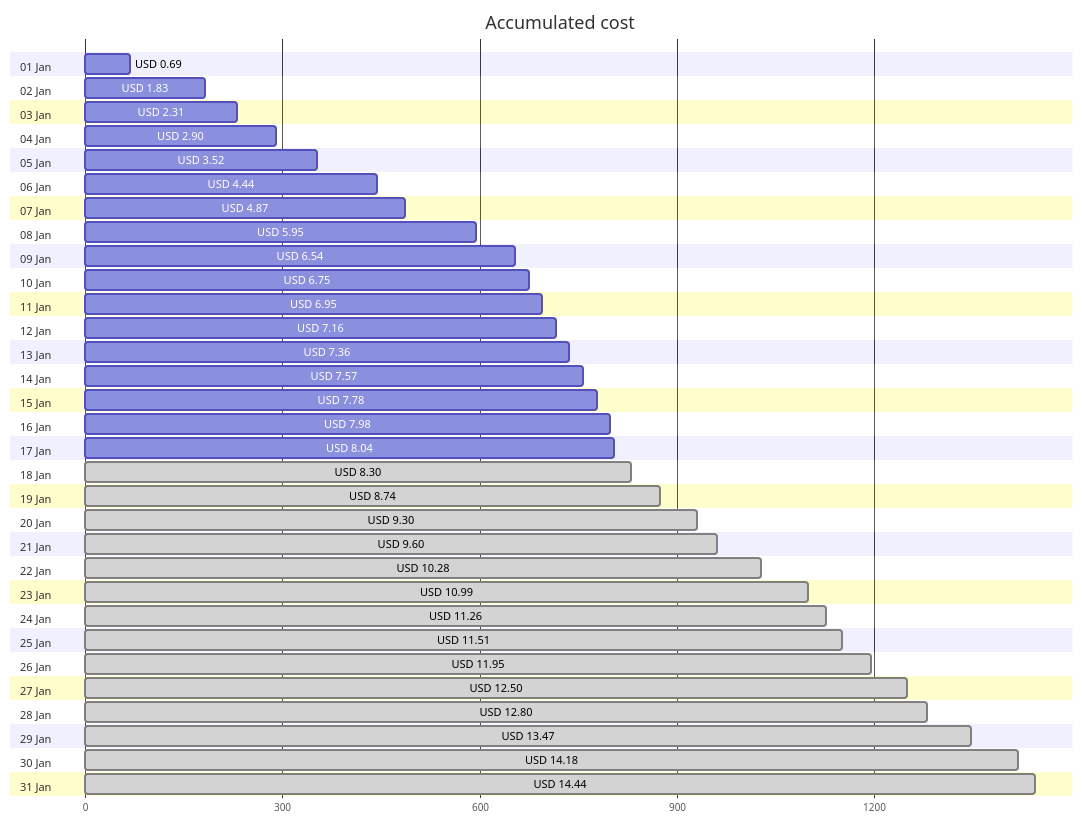
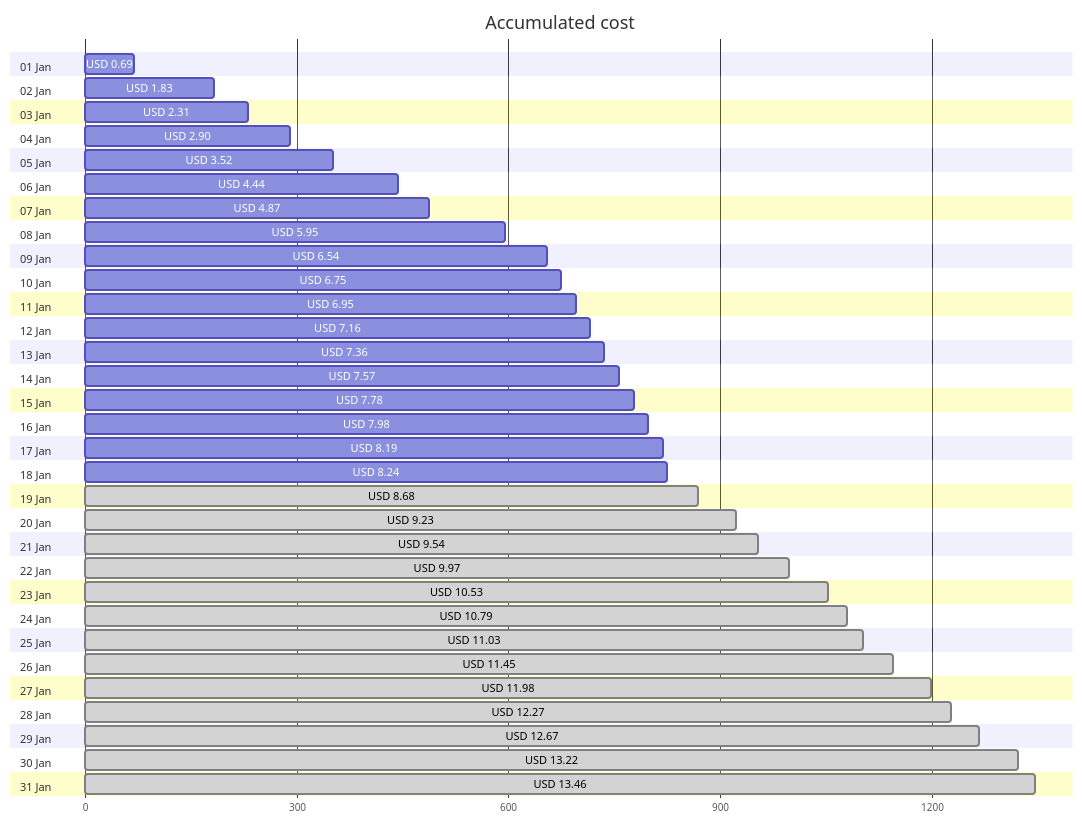
The first of 4 diagrams in cost-reports/personal-network/vpn-server.md (jpfulton/azure-personal-reports), drawn with Mermaid before and after one commit. The commit also changed other lines of this file and 8 other files, not shown here.

````diff
--- a/cost-reports/personal-network/vpn-server.md
+++ b/cost-reports/personal-network/vpn-server.md
@@ -20,68 +20,68 @@
 ```mermaid
 gantt
    title Accumulated cost
    dateFormat  X
    axisFormat %s
    section 01 Jan
    USD 0.69 :0, 69
    section 02 Jan
    USD 1.83 :0, 183
    section 03 Jan
    USD 2.31 :0, 231
    section 04 Jan
    USD 2.90 :0, 290
    section 05 Jan
    USD 3.52 :0, 352
    section 06 Jan
    USD 4.44 :0, 444
    section 07 Jan
    USD 4.87 :0, 487
    section 08 Jan
    USD 5.95 :0, 595
    section 09 Jan
    USD 6.54 :0, 654
    section 10 Jan
    USD 6.75 :0, 675
    section 11 Jan
    USD 6.95 :0, 695
    section 12 Jan
    USD 7.16 :0, 716
    section 13 Jan
    USD 7.36 :0, 736
    section 14 Jan
    USD 7.57 :0, 757
    section 15 Jan
    USD 7.78 :0, 778
    section 16 Jan
    USD 7.98 :0, 798
    section 17 Jan
-   USD 8.04 :0, 804
+   USD 8.19 :0, 819
    section 18 Jan
-   USD 8.30 : done, 0, 830
+   USD 8.24 :0, 824
    section 19 Jan
-   USD 8.74 : done, 0, 874
+   USD 8.68 : done, 0, 868
    section 20 Jan
-   USD 9.30 : done, 0, 930
+   USD 9.23 : done, 0, 923
    section 21 Jan
-   USD 9.60 : done, 0, 960
+   USD 9.54 : done, 0, 954
    section 22 Jan
-   USD 10.28 : done, 0, 1028
+   USD 9.97 : done, 0, 997
    section 23 Jan
-   USD 10.99 : done, 0, 1099
+   USD 10.53 : done, 0, 1053
    section 24 Jan
-   USD 11.26 : done, 0, 1126
+   USD 10.79 : done, 0, 1079
    section 25 Jan
-   USD 11.51 : done, 0, 1151
+   USD 11.03 : done, 0, 1103
    section 26 Jan
-   USD 11.95 : done, 0, 1195
+   USD 11.45 : done, 0, 1145
    section 27 Jan
-   USD 12.50 : done, 0, 1250
+   USD 11.98 : done, 0, 1198
    section 28 Jan
-   USD 12.80 : done, 0, 1280
+   USD 12.27 : done, 0, 1227
    section 29 Jan
-   USD 13.47 : done, 0, 1347
+   USD 12.67 : done, 0, 1267
    section 30 Jan
-   USD 14.18 : done, 0, 1418
+   USD 13.22 : done, 0, 1322
    section 31 Jan
-   USD 14.44 : done, 0, 1444
+   USD 13.46 : done, 0, 1346
 ```
````
